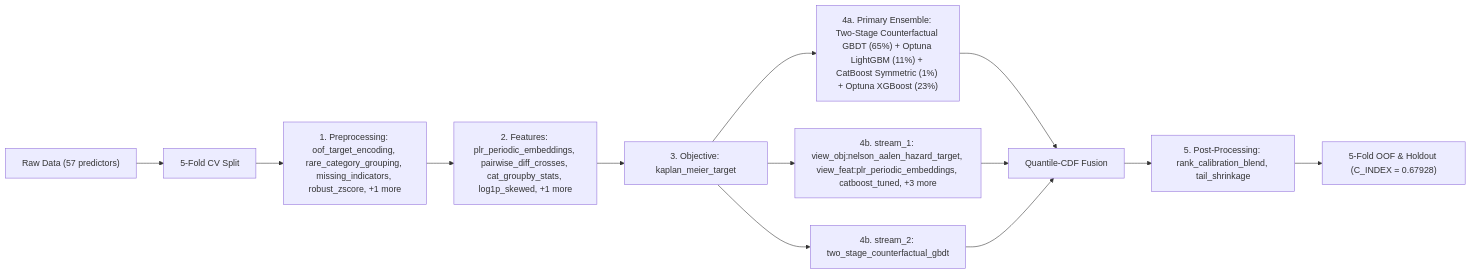
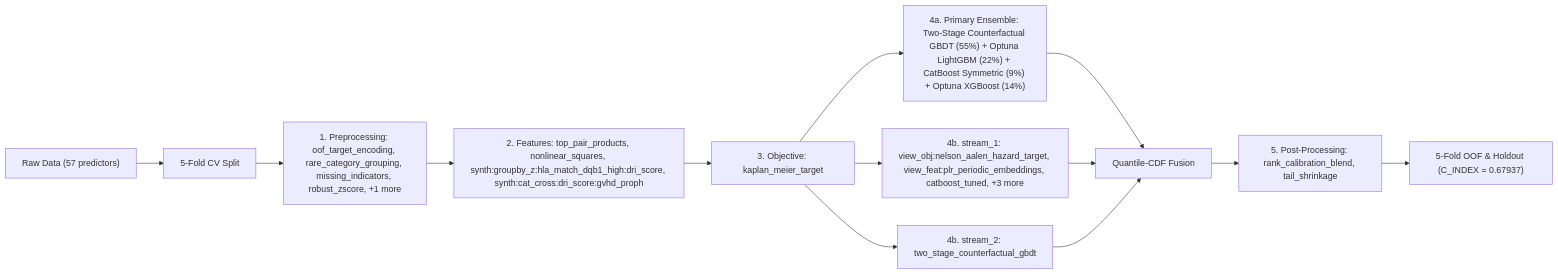
One commit to stefanoclss/CIBMTR-Equity-in-Post-HCT-Survival-Predictions changed the diagram in README.md. Above: the diagram before and after it, drawn with Mermaid. The commit also changed other lines of this file, not shown here.

First line of the commit message:
docs(readme): refresh verified OOF benchmark & build ledger (C_INDEX=0.67937)

````diff
--- a/README.md
+++ b/README.md
@@ -148,15 +149,15 @@
 ```mermaid
 flowchart LR
     DATA["Raw Data (57 predictors)"] --> SPLIT["5-Fold CV Split"]
     SPLIT --> PRE["1. Preprocessing: oof_target_encoding, rare_category_grouping, missing_indicators, robust_zscore, +1 more"]
-    PRE --> FEAT["2. Features: plr_periodic_embeddings, pairwise_diff_crosses, cat_groupby_stats, log1p_skewed, +1 more"]
+    PRE --> FEAT["2. Features: top_pair_products, nonlinear_squares, synth:groupby_z:hla_match_dqb1_high:dri_score, synth:cat_cross:dri_score:gvhd_proph"]
     FEAT --> OBJ["3. Objective: kaplan_meier_target"]
-    OBJ --> M0["4a. Primary Ensemble: Two-Stage Counterfactual GBDT (65%) + Optuna LightGBM (11%) + CatBoost Symmetric (1%) + Optuna XGBoost (23%)"]
+    OBJ --> M0["4a. Primary Ensemble: Two-Stage Counterfactual GBDT (55%) + Optuna LightGBM (22%) + CatBoost Symmetric (9%) + Optuna XGBoost (14%)"]
     M0 --> FUSE["Quantile-CDF Fusion"]
     OBJ --> S1["4b. stream_1: view_obj:nelson_aalen_hazard_target, view_feat:plr_periodic_embeddings, catboost_tuned, +3 more"]
     S1 --> FUSE
     OBJ --> S2["4b. stream_2: two_stage_counterfactual_gbdt"]
     S2 --> FUSE
     FUSE --> POST["5. Post-Processing: rank_calibration_blend, tail_shrinkage"]
-    POST --> OUT["5-Fold OOF & Holdout (C_INDEX = 0.67928)"]
+    POST --> OUT["5-Fold OOF & Holdout (C_INDEX = 0.67937)"]
 ```
````
